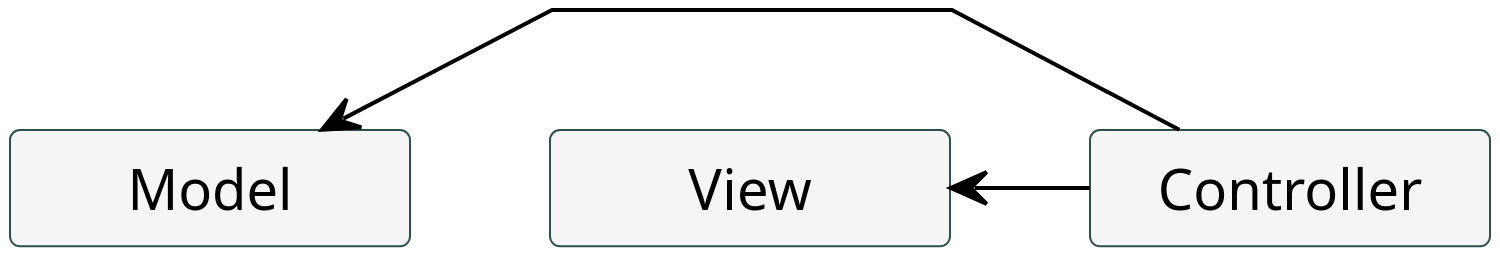
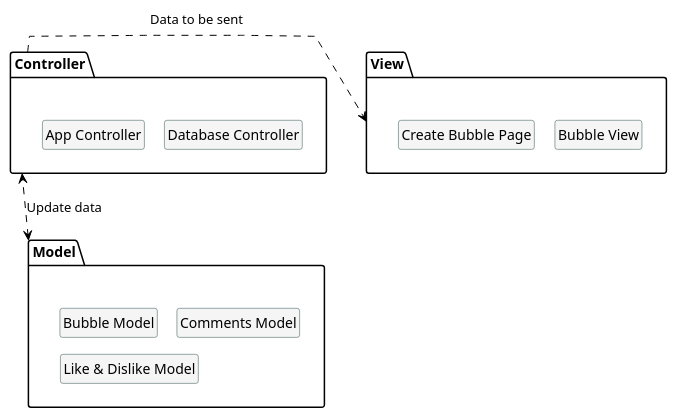
Before and after one commit to up201806330/Retrospective-Wall: the diagram in UML/logicalArchitecture.puml, drawn with PlantUML. The commit also changed 3 other files, not shown here.

Commit message:
Domain uml ; other tweaks

```diff
--- a/UML/logicalArchitecture.puml
+++ b/UML/logicalArchitecture.puml
@@ -1,17 +1,29 @@
 @startuml logicalArchitecture
-scale 200
 skinparam linetype polyline
-skinparam minClassWidth 100
+skinparam ranksep 10
+skinparam nodesep 20
 skinparam classBackgroundColor WhiteSmoke
 skinparam classBorderColor DarkSlateGrey
 skinparam ArrowColor Black
 hide members
 hide circles
 
-class Controller
-class Model
-class View
+package Controller{
+    class "Database Controller"
+    class "App Controller"
+}
+package Model{
+    class "Bubble Model"    
+    class "Comments Model"
+    class "Like & Dislike Model"
+}
+package View{
+    class "Bubble View"
+    class "Create Bubble Page"
+}
 
-Model <- Controller
-View <-right- Controller
+Controller -[hidden]->Model
+Model <.up.> Controller : Update data
+Controller .right.> View : Data to be sent
+
 @enduml
```
